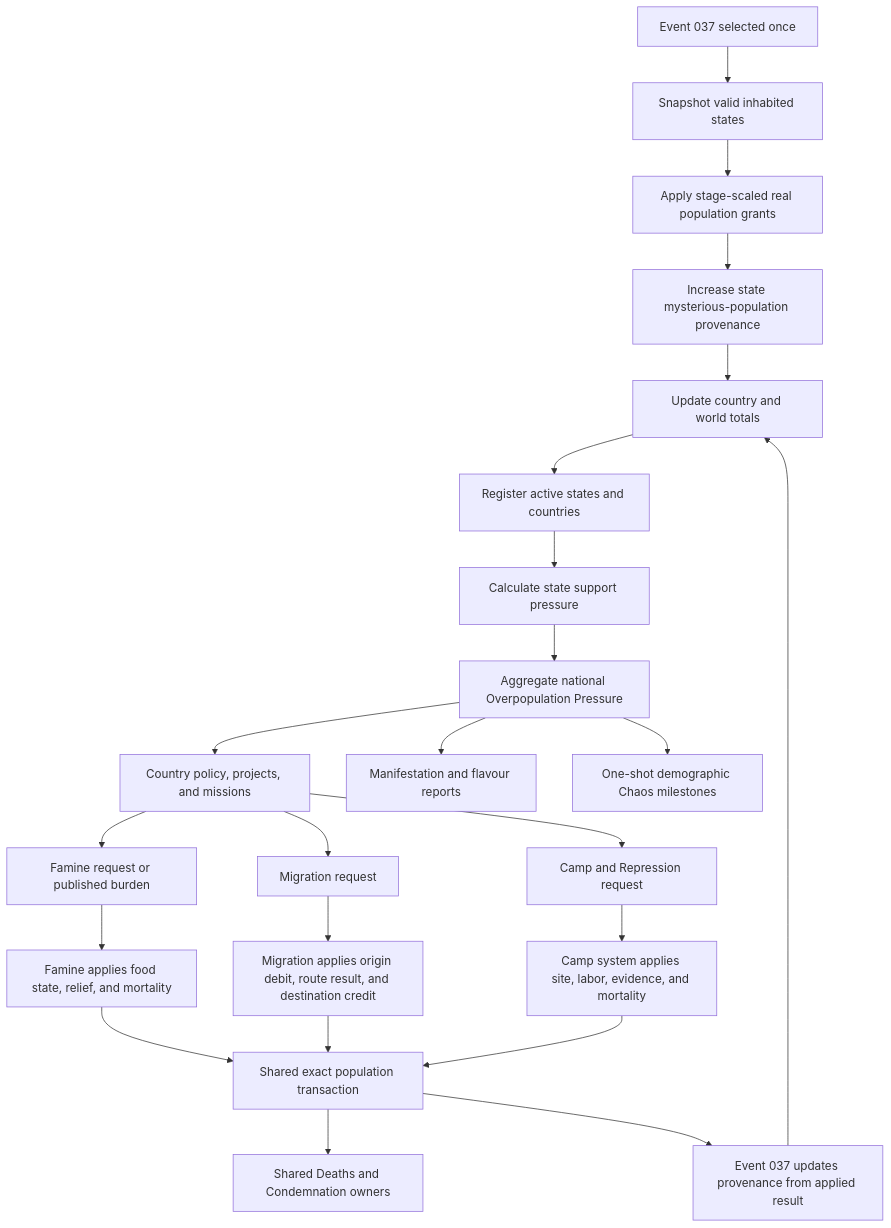
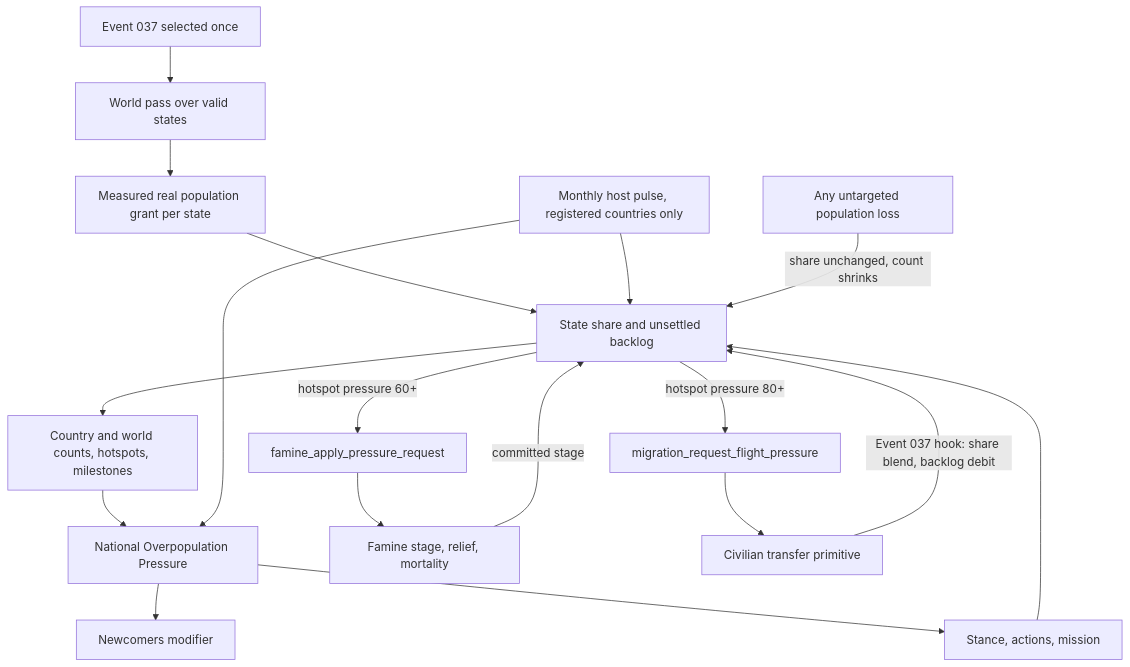
One commit to klimPaskov/Chaos-Redux changed the diagram in docs/specs/037_mysterious_people_specs/diagrams/037_mysterious_people_system_flow.md. Above: the diagram before and after it, drawn with Mermaid. The commit also changed other lines of this file and 23 other files, not shown here.

````diff
--- a/docs/specs/037_mysterious_people_specs/diagrams/037_mysterious_people_system_flow.md
+++ b/docs/specs/037_mysterious_people_specs/diagrams/037_mysterious_people_system_flow.md
@@ -5,30 +5,23 @@
 ```mermaid
 flowchart TD
-    A[Event 037 selected once] --> B[Snapshot valid inhabited states]
-    B --> C[Apply stage-scaled real population grants]
-    C --> D[Increase state mysterious-population provenance]
-    D --> E[Update country and world totals]
-    E --> F[Register active states and countries]
-    F --> G[Calculate state support pressure]
-    G --> H[Aggregate national Overpopulation Pressure]
-    H --> I[Country policy, projects, and missions]
+    A[Event 037 selected once] --> B[World pass over valid states]
+    B --> C[Measured real population grant per state]
+    C --> D[State share and unsettled backlog]
+    D --> E[Country and world counts, hotspots, milestones]
+    E --> F[National Overpopulation Pressure]
+    F --> G[Newcomers modifier]
+    F --> H[Stance, actions, mission]
+    H --> D
 
-    I --> J[Famine request or published burden]
-    I --> K[Migration request]
-    I --> L[Camp and Repression request]
+    P[Monthly host pulse, registered countries only] --> D
+    P --> F
 
-    J --> M[Famine applies food state, relief, and mortality]
-    K --> N[Migration applies origin debit, route result, and destination credit]
-    L --> O[Camp system applies site, labor, evidence, and mortality]
+    D -->|hotspot pressure 60+| I[famine_apply_pressure_request]
+    D -->|hotspot pressure 80+| J[migration_request_flight_pressure]
+    I --> K[Famine stage, relief, mortality]
+    K -->|committed stage| D
+    J --> L[Civilian transfer primitive]
+    L -->|Event 037 hook: share blend, backlog debit| D
 
-    M --> P[Shared exact population transaction]
-    N --> P
-    O --> P
-
-    P --> Q[Shared Deaths and Condemnation owners]
-    P --> R[Event 037 updates provenance from applied result]
-    R --> E
-
-    H --> S[Manifestation and flavour reports]
-    H --> T[One-shot demographic Chaos milestones]
+    M[Any untargeted population loss] -->|share unchanged, count shrinks| D
 ```
````
